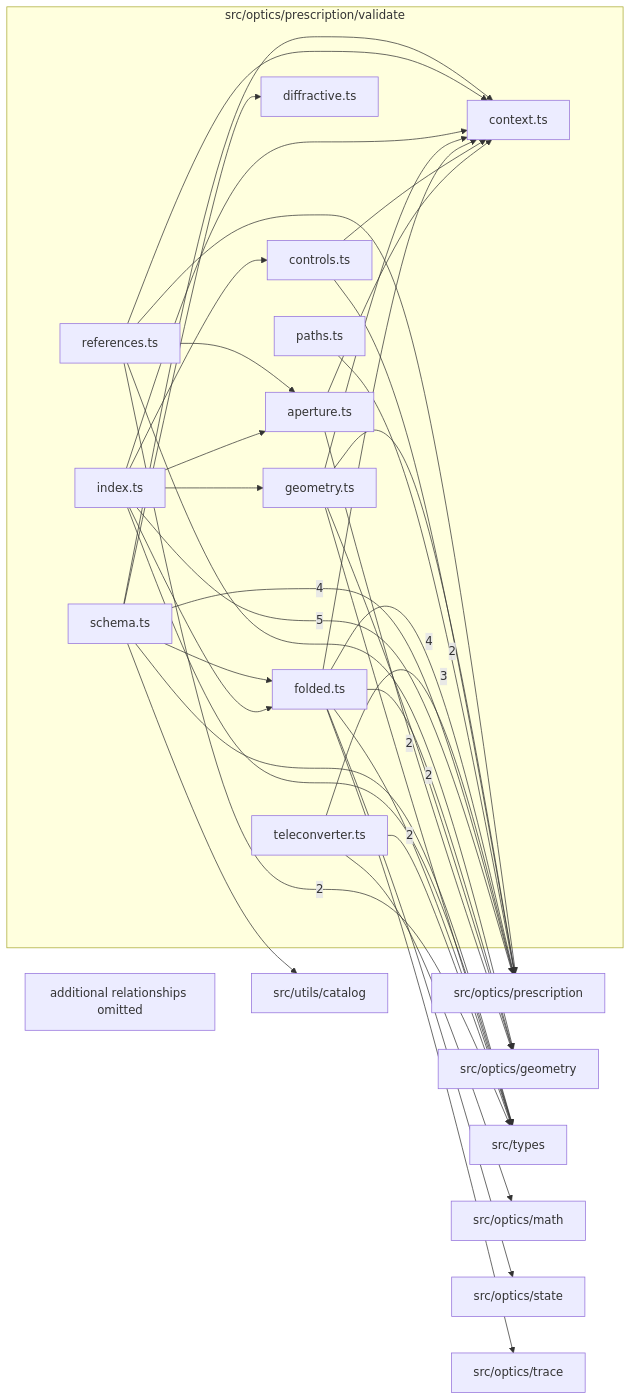
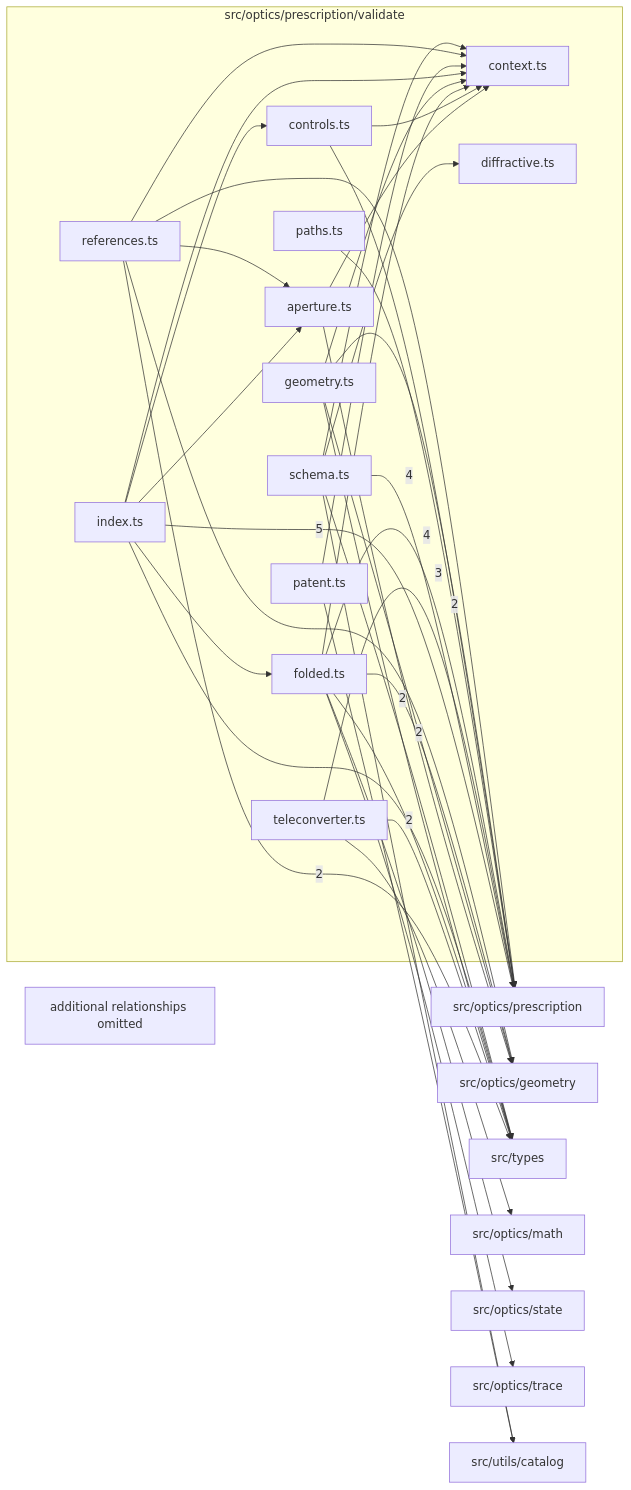
Before and after one commit to ronbuening/LensVisualizer: the diagram in src/optics/prescription/validate/readme.md, drawn with Mermaid. The commit also changed other lines of this file and 9 other files, not shown here.

````diff
--- a/src/optics/prescription/validate/readme.md
+++ b/src/optics/prescription/validate/readme.md
@@ -9,60 +9,61 @@
 ```mermaid
 flowchart LR
   subgraph n_src_optics_prescription_validate["src/optics/prescription/validate"]
     n_src_optics_prescription_validate_src_optics_prescription_validate_aperture_ts["aperture.ts"]
     n_src_optics_prescription_validate_src_optics_prescription_validate_context_ts["context.ts"]
     n_src_optics_prescription_validate_src_optics_prescription_validate_controls_ts["controls.ts"]
     n_src_optics_prescription_validate_src_optics_prescription_validate_diffractive_ts["diffractive.ts"]
     n_src_optics_prescription_validate_src_optics_prescription_validate_folded_ts["folded.ts"]
     n_src_optics_prescription_validate_src_optics_prescription_validate_geometry_ts["geometry.ts"]
     n_src_optics_prescription_validate_src_optics_prescription_validate_index_ts["index.ts"]
+    n_src_optics_prescription_validate_src_optics_prescription_validate_patent_ts["patent.ts"]
     n_src_optics_prescription_validate_src_optics_prescription_validate_paths_ts["paths.ts"]
     n_src_optics_prescription_validate_src_optics_prescription_validate_references_ts["references.ts"]
     n_src_optics_prescription_validate_src_optics_prescription_validate_schema_ts["schema.ts"]
     n_src_optics_prescription_validate_src_optics_prescription_validate_teleconverter_ts["teleconverter.ts"]
   end
   n_external_src_optics_prescription["src/optics/prescription"]
   n_external_src_optics_geometry["src/optics/geometry"]
   n_external_src_types["src/types"]
   n_external_src_optics_math["src/optics/math"]
   n_external_src_optics_state["src/optics/state"]
   n_external_src_optics_trace["src/optics/trace"]
   n_external_src_utils_catalog["src/utils/catalog"]
   n_src_optics_prescription_validate_src_optics_prescription_validate_index_ts --> |5| n_external_src_optics_prescription
   n_src_optics_prescription_validate_src_optics_prescription_validate_schema_ts --> |4| n_external_src_optics_prescription
   n_src_optics_prescription_validate_src_optics_prescription_validate_teleconverter_ts --> |4| n_external_src_optics_prescription
   n_src_optics_prescription_validate_src_optics_prescription_validate_folded_ts --> |3| n_external_src_optics_prescription
   n_src_optics_prescription_validate_src_optics_prescription_validate_aperture_ts --> |2| n_external_src_optics_geometry
   n_src_optics_prescription_validate_src_optics_prescription_validate_geometry_ts --> |2| n_external_src_optics_geometry
   n_src_optics_prescription_validate_src_optics_prescription_validate_paths_ts --> |2| n_external_src_optics_prescription
   n_src_optics_prescription_validate_src_optics_prescription_validate_references_ts --> |2| n_external_src_types
   n_src_optics_prescription_validate_src_optics_prescription_validate_teleconverter_ts --> |2| n_external_src_types
   n_src_optics_prescription_validate_src_optics_prescription_validate_folded_ts --> n_external_src_optics_geometry
   n_src_optics_prescription_validate_src_optics_prescription_validate_references_ts --> n_external_src_optics_geometry
   n_src_optics_prescription_validate_src_optics_prescription_validate_teleconverter_ts --> n_external_src_optics_math
   n_src_optics_prescription_validate_src_optics_prescription_validate_controls_ts --> n_external_src_optics_prescription
   n_src_optics_prescription_validate_src_optics_prescription_validate_geometry_ts --> n_external_src_optics_prescription
   n_src_optics_prescription_validate_src_optics_prescription_validate_references_ts --> n_external_src_optics_prescription
   n_src_optics_prescription_validate_src_optics_prescription_validate_folded_ts --> n_external_src_optics_state
   n_src_optics_prescription_validate_src_optics_prescription_validate_folded_ts --> n_external_src_optics_trace
   n_src_optics_prescription_validate_src_optics_prescription_validate_folded_ts --> n_external_src_types
   n_src_optics_prescription_validate_src_optics_prescription_validate_geometry_ts --> n_external_src_types
   n_src_optics_prescription_validate_src_optics_prescription_validate_index_ts --> n_external_src_types
   n_src_optics_prescription_validate_src_optics_prescription_validate_schema_ts --> n_external_src_types
+  n_src_optics_prescription_validate_src_optics_prescription_validate_patent_ts --> n_external_src_utils_catalog
   n_src_optics_prescription_validate_src_optics_prescription_validate_schema_ts --> n_external_src_utils_catalog
   n_src_optics_prescription_validate_src_optics_prescription_validate_index_ts --> n_src_optics_prescription_validate_src_optics_prescription_validate_aperture_ts
   n_src_optics_prescription_validate_src_optics_prescription_validate_references_ts --> n_src_optics_prescription_validate_src_optics_prescription_validate_aperture_ts
   n_src_optics_prescription_validate_src_optics_prescription_validate_aperture_ts --> n_src_optics_prescription_validate_src_optics_prescription_validate_context_ts
   n_src_optics_prescription_validate_src_optics_prescription_validate_controls_ts --> n_src_optics_prescription_validate_src_optics_prescription_validate_context_ts
   n_src_optics_prescription_validate_src_optics_prescription_validate_folded_ts --> n_src_optics_prescription_validate_src_optics_prescription_validate_context_ts
   n_src_optics_prescription_validate_src_optics_prescription_validate_geometry_ts --> n_src_optics_prescription_validate_src_optics_prescription_validate_context_ts
   n_src_optics_prescription_validate_src_optics_prescription_validate_index_ts --> n_src_optics_prescription_validate_src_optics_prescription_validate_context_ts
+  n_src_optics_prescription_validate_src_optics_prescription_validate_patent_ts --> n_src_optics_prescription_validate_src_optics_prescription_validate_context_ts
   n_src_optics_prescription_validate_src_optics_prescription_validate_references_ts --> n_src_optics_prescription_validate_src_optics_prescription_validate_context_ts
   n_src_optics_prescription_validate_src_optics_prescription_validate_schema_ts --> n_src_optics_prescription_validate_src_optics_prescription_validate_context_ts
   n_src_optics_prescription_validate_src_optics_prescription_validate_index_ts --> n_src_optics_prescription_validate_src_optics_prescription_validate_controls_ts
   n_src_optics_prescription_validate_src_optics_prescription_validate_schema_ts --> n_src_optics_prescription_validate_src_optics_prescription_validate_diffractive_ts
   n_src_optics_prescription_validate_src_optics_prescription_validate_index_ts --> n_src_optics_prescription_validate_src_optics_prescription_validate_folded_ts
-  n_src_optics_prescription_validate_src_optics_prescription_validate_schema_ts --> n_src_optics_prescription_validate_src_optics_prescription_validate_folded_ts
-  n_src_optics_prescription_validate_src_optics_prescription_validate_index_ts --> n_src_optics_prescription_validate_src_optics_prescription_validate_geometry_ts
   n_src_optics_prescription_validate_truncated["additional relationships omitted"]
 ```
````
